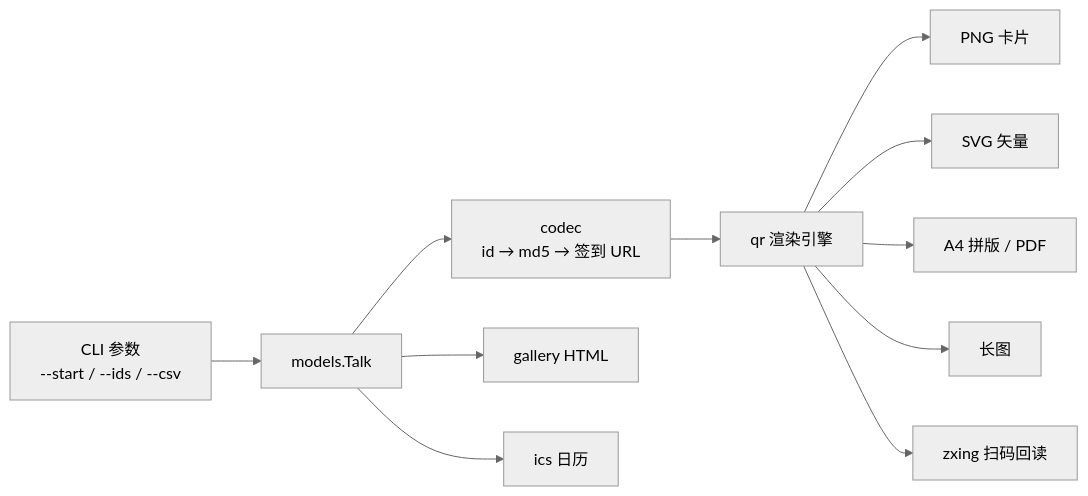
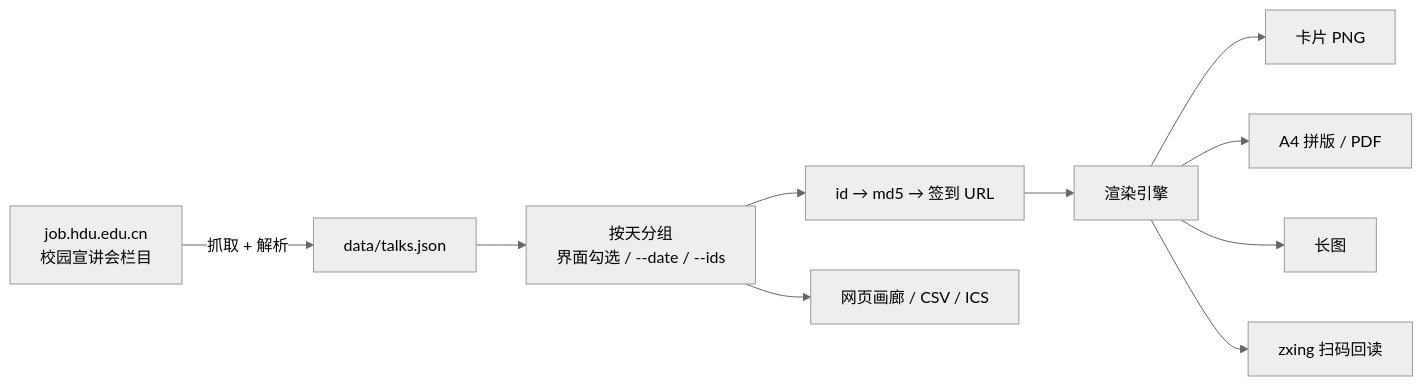
The diagram in README.md (xkzm123/xuanjqd), drawn with Mermaid (neutral theme) before and after one commit. The commit also changed other lines of this file and 22 other files, not shown here.

````diff
--- a/README.md
+++ b/README.md
@@ -206,13 +145,12 @@
 ```mermaid
 flowchart LR
-    A["CLI 参数<br/>--start / --ids / --csv"] --> B["models.Talk"]
-    B --> C["codec<br/>id → md5 → 签到 URL"]
-    C --> D["qr 渲染引擎"]
-    D --> E["PNG 卡片"]
-    D --> F["SVG 矢量"]
-    D --> G["A4 拼版 / PDF"]
-    D --> H["长图"]
-    B --> I["gallery HTML"]
-    B --> J["ics 日历"]
-    D --> K["zxing 扫码回读"]
+    A["job.hdu.edu.cn<br/>校园宣讲会栏目"] -->|抓取 + 解析| B["data/talks.json"]
+    B --> C["按天分组<br/>界面勾选 / --date / --ids"]
+    C --> D["id → md5 → 签到 URL"]
+    D --> E["渲染引擎"]
+    E --> F["卡片 PNG"]
+    E --> G["A4 拼版 / PDF"]
+    E --> H["长图"]
+    C --> I["网页画廊 / CSV / ICS"]
+    E --> J["zxing 扫码回读"]
 ```
````
